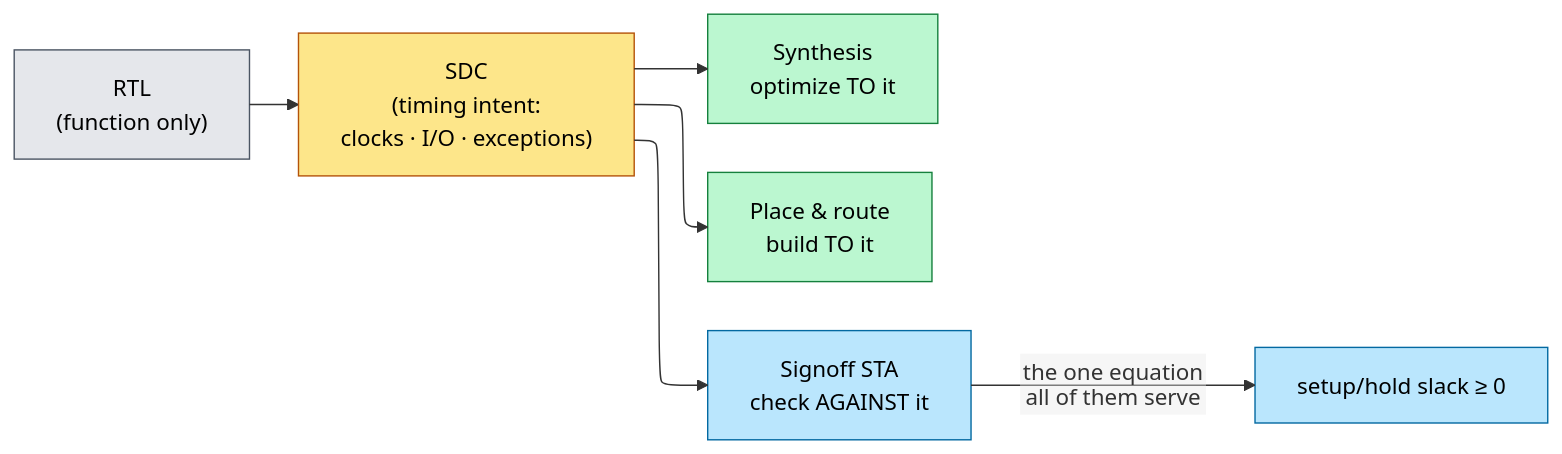
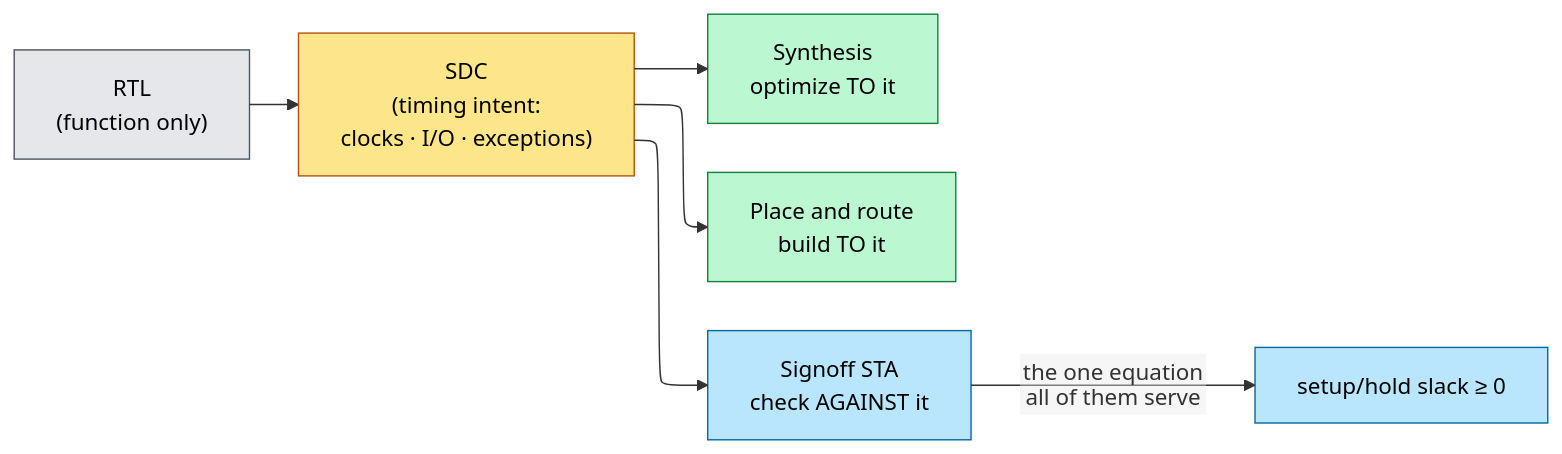
One commit to Wty2003328/silicon-design-notebook changed the diagram in 04_Synthesis/02_Constraints_SDC.md. Above: the diagram before and after it, drawn with Mermaid. The commit also changed 125 other files, not shown here.

First line of the commit message:
Complete the AMBA family, refresh the learning path, and make every figure and formula actually render

````diff
--- a/04_Synthesis/02_Constraints_SDC.md
+++ b/04_Synthesis/02_Constraints_SDC.md
@@ -26,14 +26,14 @@
 ```mermaid
 %%{init: {"flowchart": {"defaultRenderer": "elk", "nodeSpacing": 55, "rankSpacing": 55, "htmlLabels": false}}}%%
 flowchart LR
     RTL["RTL<br/>(function only)"]:::x --> SDC
     SDC["SDC<br/>(timing intent:<br/>clocks · I/O · exceptions)"]:::a
     SDC --> SYN["Synthesis<br/>optimize TO it"]:::b
-    SDC --> PNR["Place & route<br/>build TO it"]:::b
+    SDC --> PNR["Place and route<br/>build TO it"]:::b
     SDC --> STA["Signoff STA<br/>check AGAINST it"]:::c
     STA -->|the one equation<br/>all of them serve| EQ["setup/hold slack ≥ 0"]:::c
     classDef x fill:#e5e7eb,stroke:#4b5563,color:#000
     classDef a fill:#fde68a,stroke:#b45309,color:#000
     classDef b fill:#bbf7d0,stroke:#15803d,color:#000
     classDef c fill:#bae6fd,stroke:#0369a1,color:#000
 ```
````
